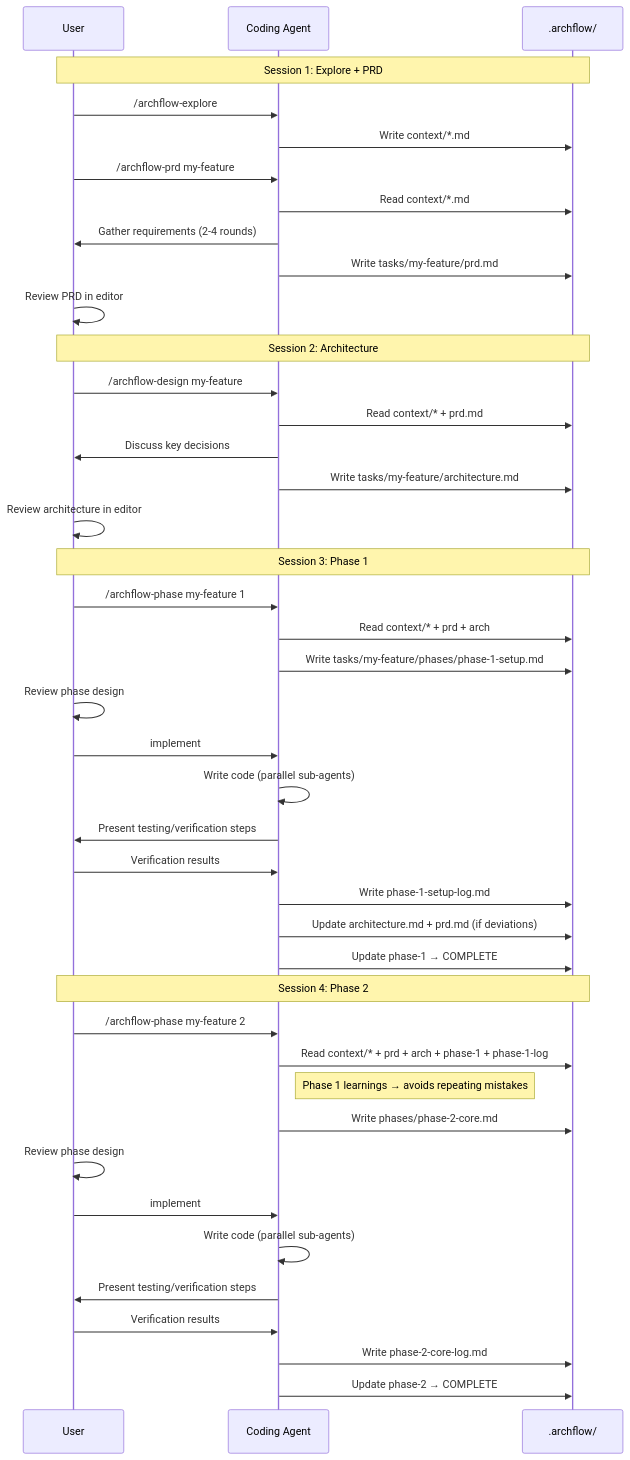
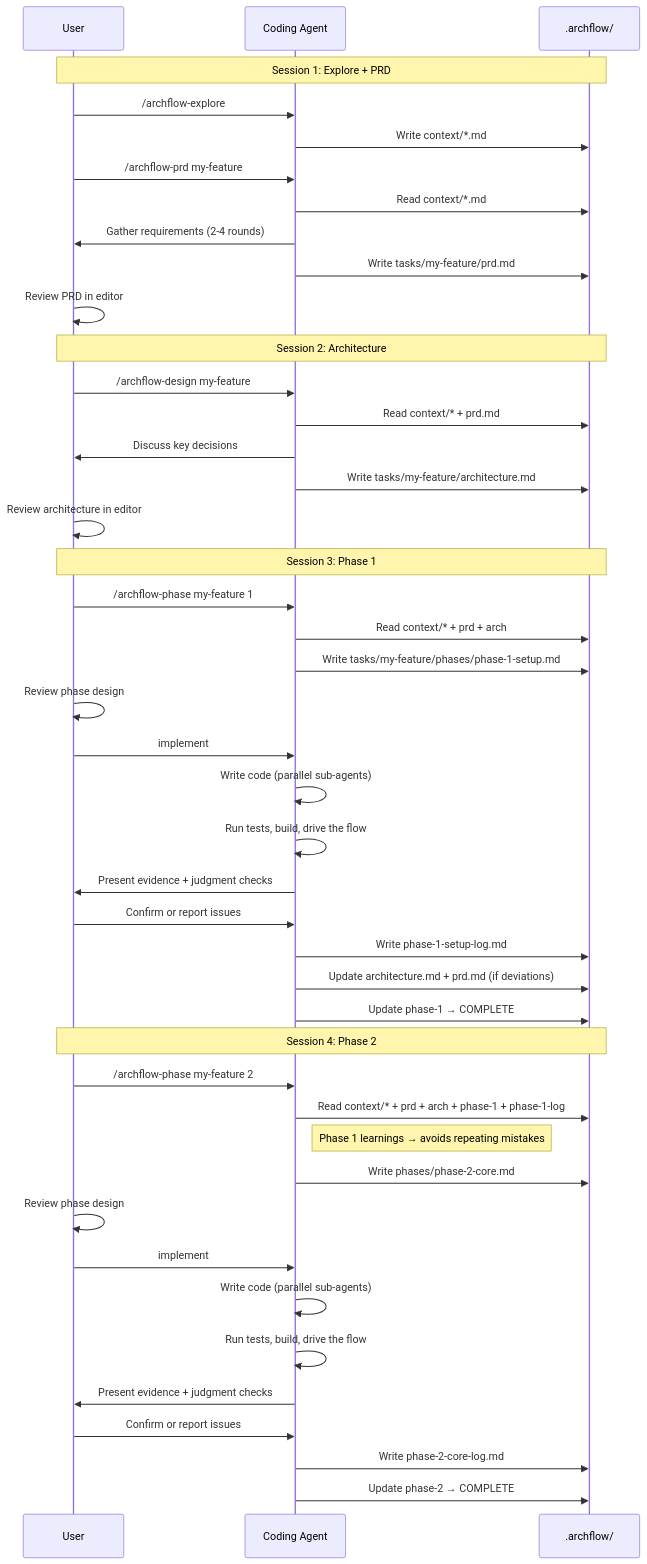
Before and after one commit to Aroton/ArchflowV2: the ninth of 12 diagrams in docs/archflow-process.md, drawn with Mermaid. The commit also changed other lines of this file and 7 other files, not shown here.

````diff
--- a/docs/archflow-process.md
+++ b/docs/archflow-process.md
@@ -347,49 +349,51 @@
 ```mermaid
 sequenceDiagram
     participant U as User
     participant C as Coding Agent
     participant FS as .archflow/
 
     Note over U,FS: Session 1: Explore + PRD
     U->>C: /archflow-explore
     C->>FS: Write context/*.md
 
     U->>C: /archflow-prd my-feature
     C->>FS: Read context/*.md
     C->>U: Gather requirements (2-4 rounds)
     C->>FS: Write tasks/my-feature/prd.md
     U->>U: Review PRD in editor
 
     Note over U,FS: Session 2: Architecture
     U->>C: /archflow-design my-feature
     C->>FS: Read context/* + prd.md
     C->>U: Discuss key decisions
     C->>FS: Write tasks/my-feature/architecture.md
     U->>U: Review architecture in editor
 
     Note over U,FS: Session 3: Phase 1
     U->>C: /archflow-phase my-feature 1
     C->>FS: Read context/* + prd + arch
     C->>FS: Write tasks/my-feature/phases/phase-1-setup.md
     U->>U: Review phase design
     U->>C: implement
     C->>C: Write code (parallel sub-agents)
-    C->>U: Present testing/verification steps
-    U->>C: Verification results
+    C->>C: Run tests, build, drive the flow
+    C->>U: Present evidence + judgment checks
+    U->>C: Confirm or report issues
     C->>FS: Write phase-1-setup-log.md
     C->>FS: Update architecture.md + prd.md (if deviations)
     C->>FS: Update phase-1 → COMPLETE
 
     Note over U,FS: Session 4: Phase 2
     U->>C: /archflow-phase my-feature 2
     C->>FS: Read context/* + prd + arch + phase-1 + phase-1-log
     Note right of C: Phase 1 learnings → avoids repeating mistakes
     C->>FS: Write phases/phase-2-core.md
     U->>U: Review phase design
     U->>C: implement
     C->>C: Write code (parallel sub-agents)
-    C->>U: Present testing/verification steps
-    U->>C: Verification results
+    C->>C: Run tests, build, drive the flow
+    C->>U: Present evidence + judgment checks
+    U->>C: Confirm or report issues
     C->>FS: Write phase-2-core-log.md
     C->>FS: Update phase-2 → COMPLETE
 ```
````
